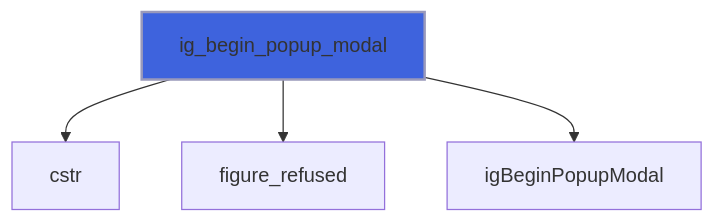
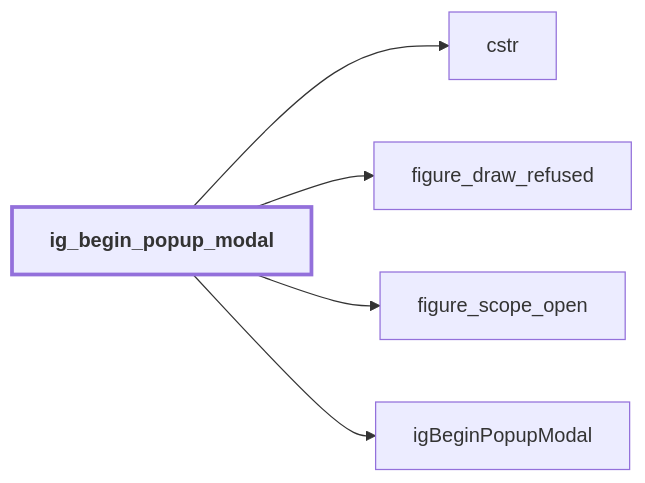
Before and after one commit to szaghi/figure: diagram 15 of 16 in docs/api/src/lib/figure_menu.md, drawn with Mermaid. The commit also changed other lines of this file and 54 other files, not shown here.

````diff
--- a/docs/api/src/lib/figure_menu.md
+++ b/docs/api/src/lib/figure_menu.md
@@ -365,7 +480,13 @@
 ```mermaid
-flowchart TD
+flowchart LR
   ig_begin_popup_modal["ig_begin_popup_modal"] --> cstr["cstr"]
-  ig_begin_popup_modal["ig_begin_popup_modal"] --> figure_refused["figure_refused"]
+  ig_begin_popup_modal["ig_begin_popup_modal"] --> figure_draw_refused["figure_draw_refused"]
+  ig_begin_popup_modal["ig_begin_popup_modal"] --> figure_scope_open["figure_scope_open"]
   ig_begin_popup_modal["ig_begin_popup_modal"] --> igBeginPopupModal["igBeginPopupModal"]
-  style ig_begin_popup_modal fill:#3e63dd,stroke:#99b,stroke-width:2px
+  classDef focus stroke-width:3px,font-weight:bold
+  class ig_begin_popup_modal focus
+  click figure_draw_refused href "figure_base.html#figure-draw-refused" "figure_draw_refused"
+  click igBeginPopupModal href "figure_cimgui.html#igbeginpopupmodal" "igBeginPopupModal"
+  click cstr href "figure_base.html#cstr" "cstr"
+  click figure_scope_open href "figure_base.html#figure-scope-open" "figure_scope_open"
 ```
````
